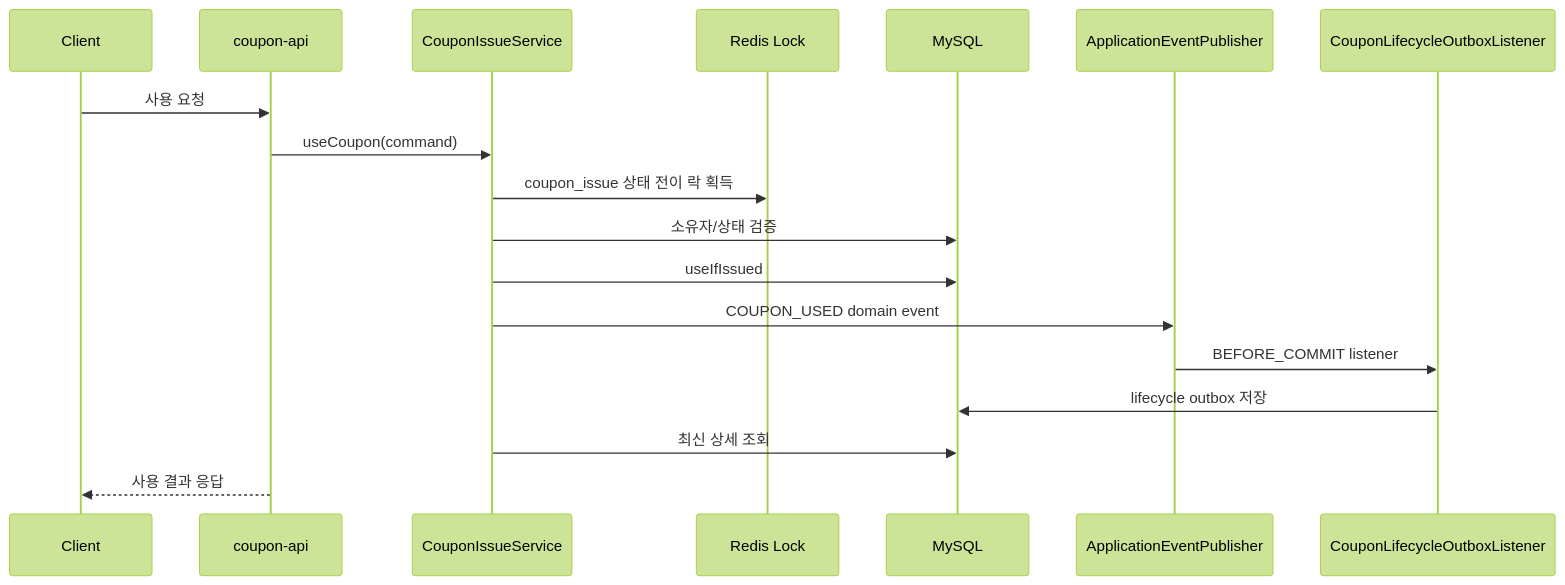
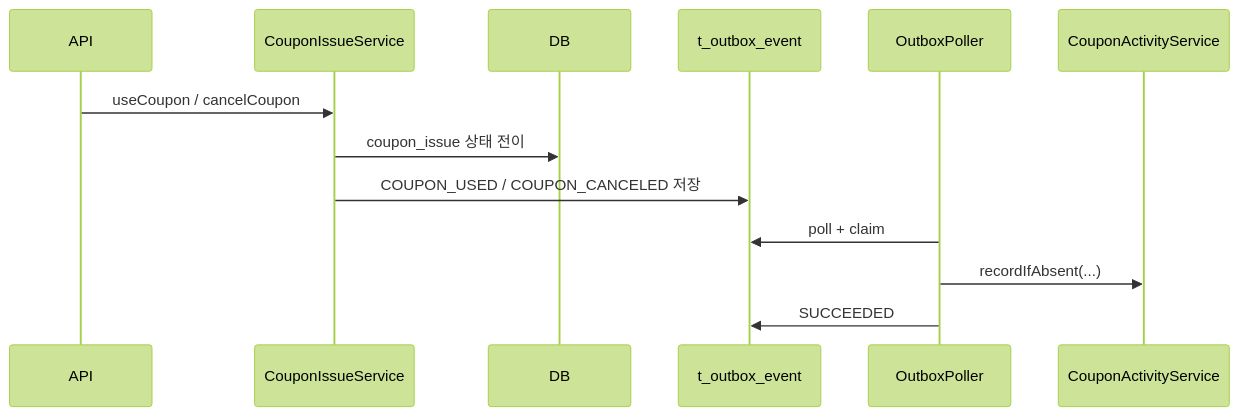
The fourth of 4 diagrams in coupon/coupon-worker/docs/coupon-kafka-runtime-guide.md (char-labs/coupon-system-design-kt), drawn with Mermaid (forest theme) before and after one commit. The commit also changed other lines of this file and 12 other files, not shown here.

Commit message:
[Docs] Refresh Kafka and load-test guides for the current issue flow

````diff
--- a/coupon/coupon-worker/docs/coupon-kafka-runtime-guide.md
+++ b/coupon/coupon-worker/docs/coupon-kafka-runtime-guide.md
@@ -310,21 +187,16 @@
 ```mermaid
 sequenceDiagram
-    participant Client
-    participant API as coupon-api
-    participant Service as CouponIssueService
-    participant Lock as Redis Lock
-    participant DB as MySQL
-    participant Event as ApplicationEventPublisher
-    participant Outbox as CouponLifecycleOutboxListener
+    participant API
+    participant Domain as CouponIssueService
+    participant DB
+    participant Outbox as t_outbox_event
+    participant Worker as OutboxPoller
+    participant Activity as CouponActivityService
 
-    Client->>API: 사용 요청
-    API->>Service: useCoupon(command)
-    Service->>Lock: coupon_issue 상태 전이 락 획득
-    Service->>DB: 소유자/상태 검증
-    Service->>DB: useIfIssued
-    Service->>Event: COUPON_USED domain event
-    Event->>Outbox: BEFORE_COMMIT listener
-    Outbox->>DB: lifecycle outbox 저장
-    Service->>DB: 최신 상세 조회
-    API-->>Client: 사용 결과 응답
+    API->>Domain: useCoupon / cancelCoupon
+    Domain->>DB: coupon_issue 상태 전이
+    Domain->>Outbox: COUPON_USED / COUPON_CANCELED 저장
+    Worker->>Outbox: poll + claim
+    Worker->>Activity: recordIfAbsent(...)
+    Worker->>Outbox: SUCCEEDED
 ```
````
